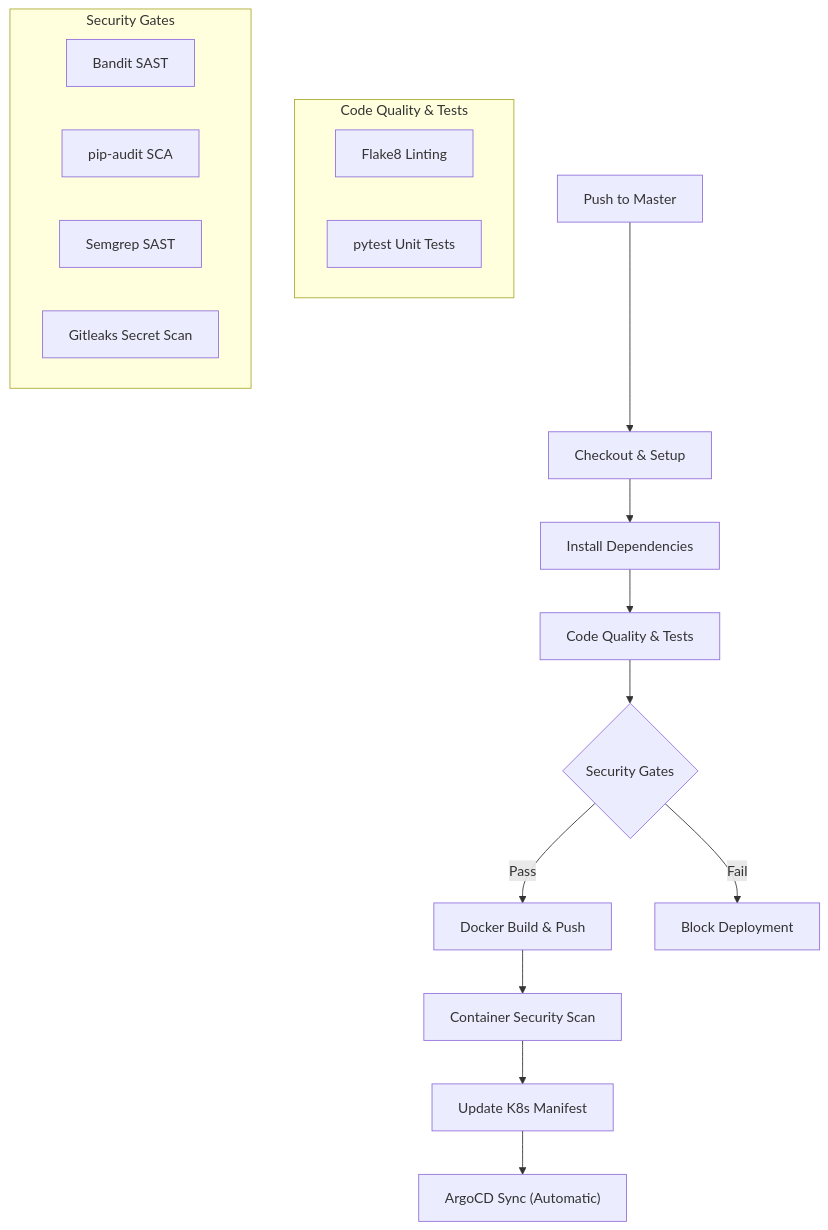
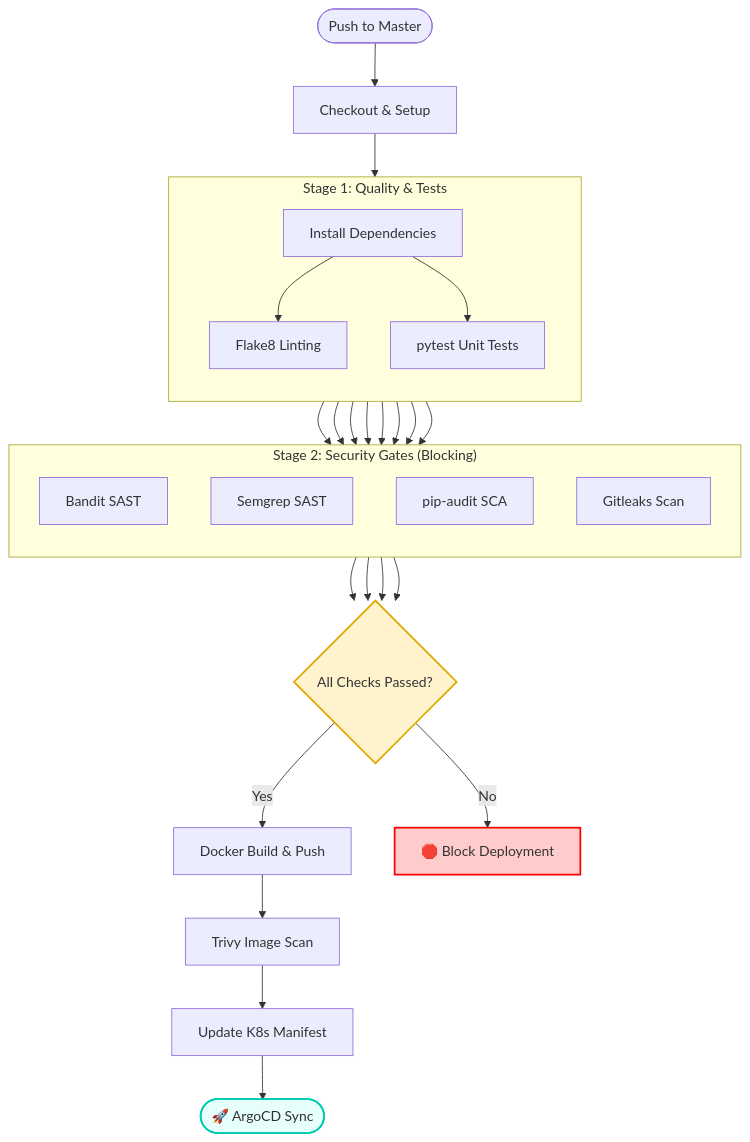
Before and after one commit to jaiswaranil8387/itsm-ticket-management: the diagram in .github/workflows/README.md, drawn with Mermaid.

Commit message:
readme file updated

````diff
--- a/.github/workflows/README.md
+++ b/.github/workflows/README.md
@@ -18,24 +18,39 @@
 ```mermaid
-graph TD
-    A[Push to Master] --> B[Checkout & Setup]
+flowchart TD
+    %% Trigger
+    A([Push to Master]) --> B[Checkout & Setup]
     B --> C[Install Dependencies]
-    C --> D[Code Quality & Tests]
-    D --> E{Security Gates}
-    E -->|Pass| F[Docker Build & Push]
-    E -->|Fail| X[Block Deployment]
-    F --> G[Container Security Scan]
-    G --> H[Update K8s Manifest]
-    H --> I["ArgoCD Sync (Automatic)"]
 
-    subgraph "Code Quality & Tests"
-        D1[Flake8 Linting]
-        D2[pytest Unit Tests]
+    %% Stage 1: Quality
+    subgraph Quality ["Stage 1: Quality & Tests"]
+        direction TB
+        C --> D1[Flake8 Linting]
+        C --> D2[pytest Unit Tests]
     end
 
-    subgraph "Security Gates"
-        E1[Bandit SAST]
-        E2[pip-audit SCA]
-        E3[Semgrep SAST]
-        E4[Gitleaks Secret Scan]
+    %% Stage 2: Security
+    subgraph Security ["Stage 2: Security Gates (Blocking)"]
+        direction TB
+        D1 & D2 --> E1[Bandit SAST]
+        D1 & D2 --> E2[Semgrep SAST]
+        D1 & D2 --> E3[pip-audit SCA]
+        D1 & D2 --> E4[Gitleaks Scan]
     end
+
+    %% Decision Gate
+    E1 & E2 & E3 & E4 --> Gate{All Checks Passed?}
+
+    %% Outcomes
+    Gate -- Yes --> F[Docker Build & Push]
+    Gate -- No --> X[🛑 Block Deployment]
+
+    %% Stage 3: Deployment
+    F --> G[Trivy Image Scan]
+    G --> H[Update K8s Manifest]
+    H --> I([🚀 ArgoCD Sync])
+
+    %% Styling for better visualization
+    style X fill:#ffcccc,stroke:#ff0000,stroke-width:2px
+    style Gate fill:#fff3cd,stroke:#e0a800,stroke-width:2px
+    style I fill:#e6fffa,stroke:#00ccb1,stroke-width:2px
 ```
````
